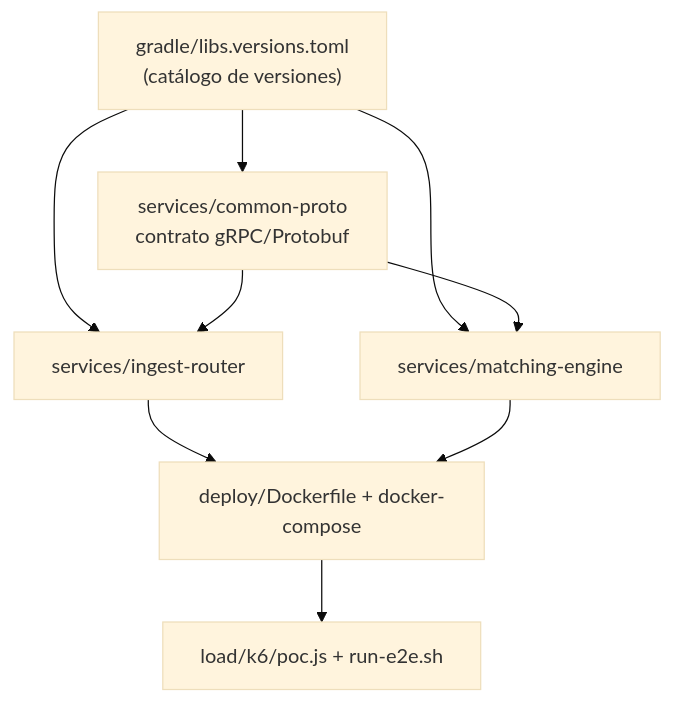
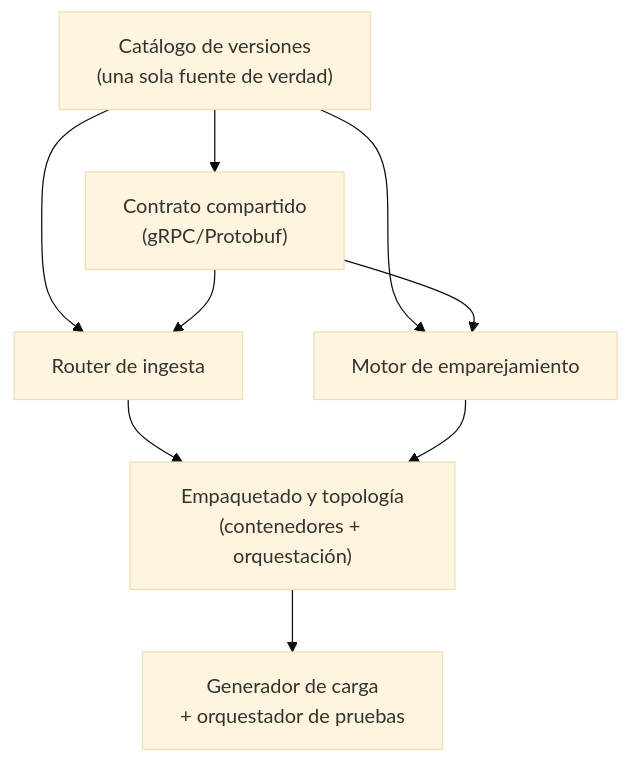
Before and after one commit to MATI-MBIT/arqsoft-reto-1: the diagram in docs/construccion-componentes.md, drawn with Mermaid (base theme). The commit also changed other lines of this file and 10 other files, not shown here.

````diff
--- a/docs/construccion-componentes.md
+++ b/docs/construccion-componentes.md
@@ -12,11 +12,12 @@
 ```mermaid
 flowchart TD
-    CAT["gradle/libs.versions.toml\n(catálogo de versiones)"] --> CP
+
+    CAT["Catálogo de versiones\n(una sola fuente de verdad)"] --> CP
     CAT --> IR
     CAT --> ME
-    CP["services/common-proto\ncontrato gRPC/Protobuf"] --> IR["services/ingest-router"]
-    CP --> ME["services/matching-engine"]
-    IR --> DK["deploy/Dockerfile + docker-compose"]
+    CP["Contrato compartido\n(gRPC/Protobuf)"] --> IR["Router de ingesta"]
+    CP --> ME["Motor de emparejamiento"]
+    IR --> DK["Empaquetado y topología\n(contenedores + orquestación)"]
     ME --> DK
-    DK --> K6["load/k6/poc.js + run-e2e.sh"]
+    DK --> K6["Generador de carga\n+ orquestador de pruebas"]
 ```
````
